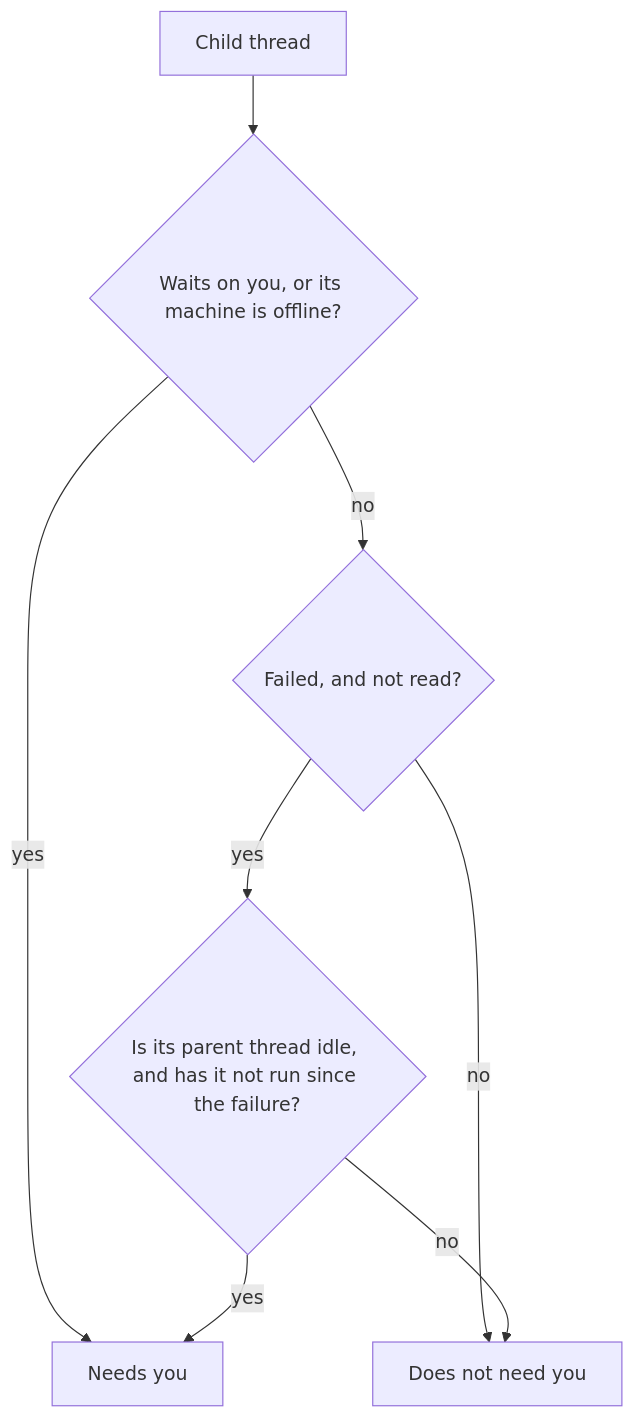
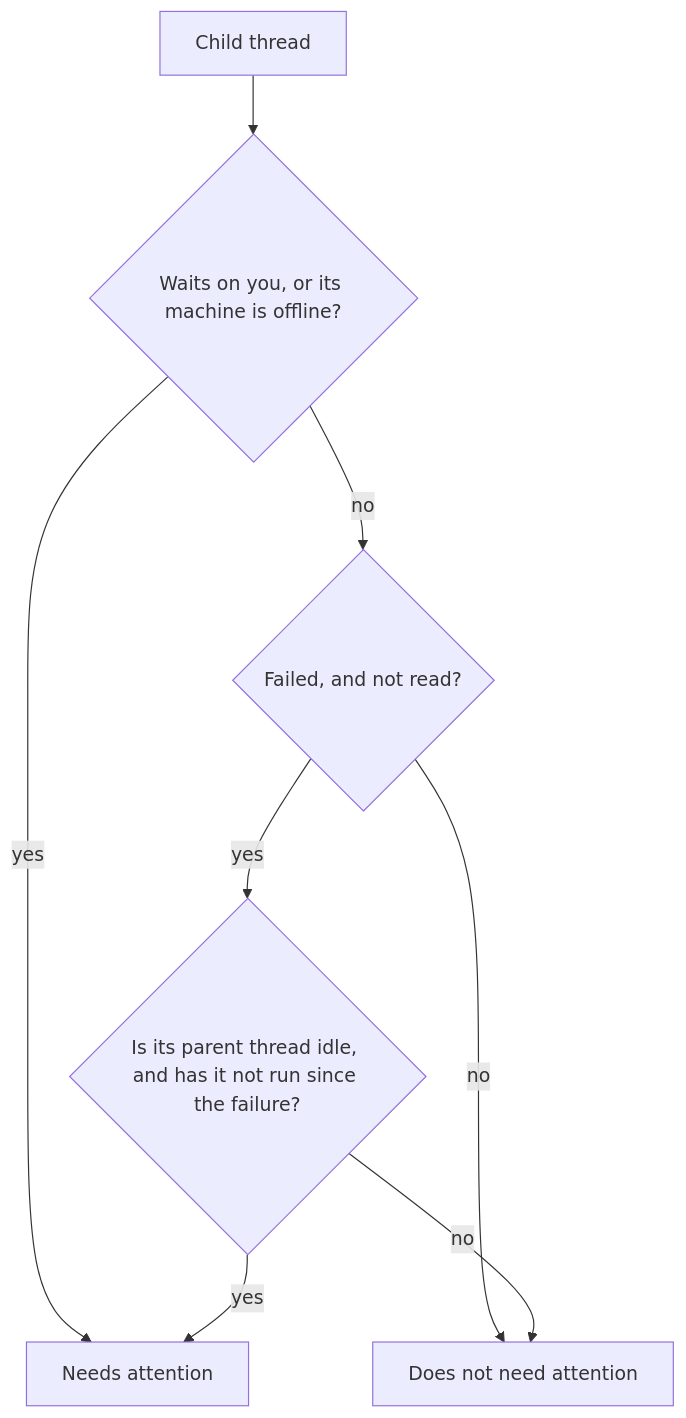
One commit to gperezmz/bb-plugins changed the first of 2 diagrams in docs/explanation/thread-glance-attention.md. Above: the diagram before and after it, drawn with Mermaid. The commit also changed other lines of this file and 39 other files, not shown here.

First line of the commit message:
feat(thread-glance): Needs attention, state-driven brightness and why lines (#41)

````diff
--- a/docs/explanation/thread-glance-attention.md
+++ b/docs/explanation/thread-glance-attention.md
@@ -21,10 +21,10 @@
 ```mermaid
 flowchart TD
   child["Child thread"] --> asks{"Waits on you, or its machine is offline?"}
-  asks -->|yes| counts["Needs you"]
+  asks -->|yes| counts["Needs attention"]
   asks -->|no| failed{"Failed, and not read?"}
-  failed -->|no| not["Does not need you"]
+  failed -->|no| not["Does not need attention"]
   failed -->|yes| idle{"Is its parent thread idle, and has it not run since the failure?"}
   idle -->|yes| counts
   idle -->|no| not
 ```
````
